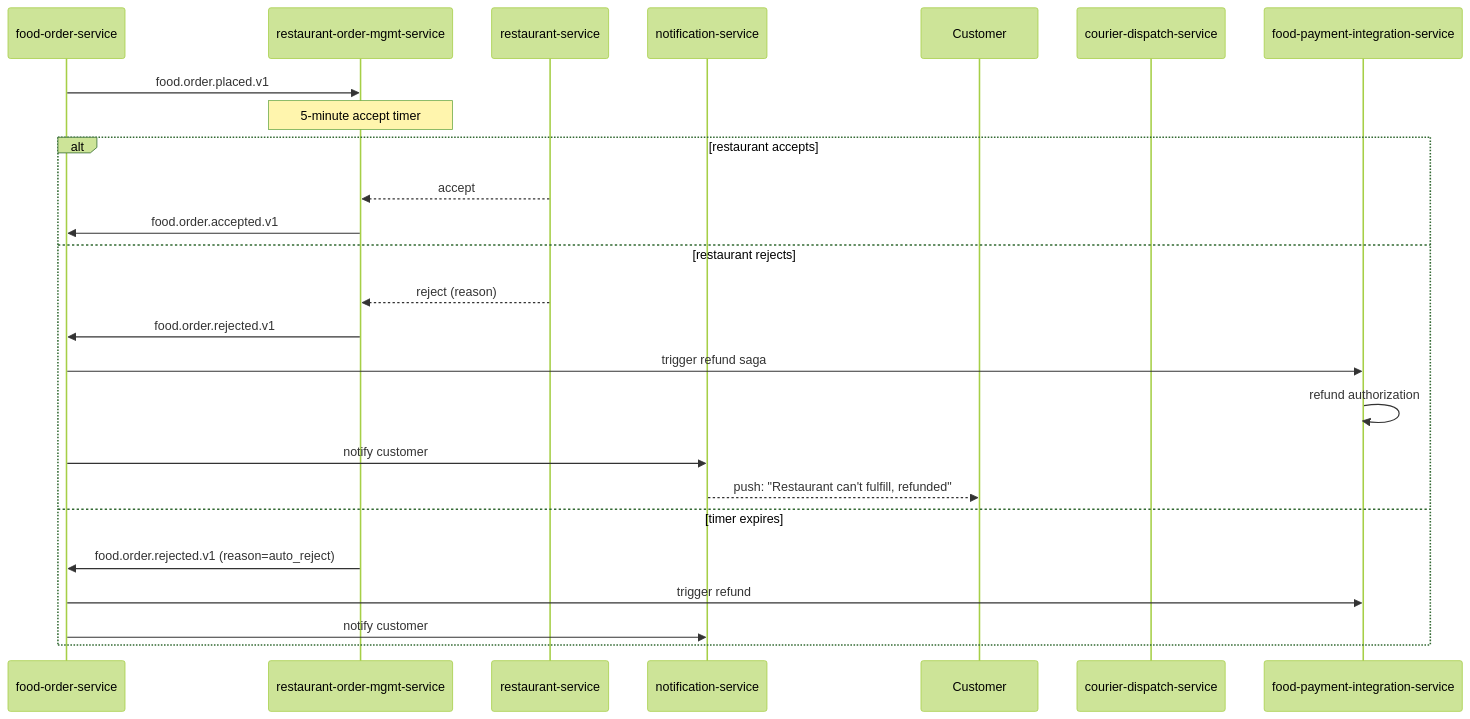
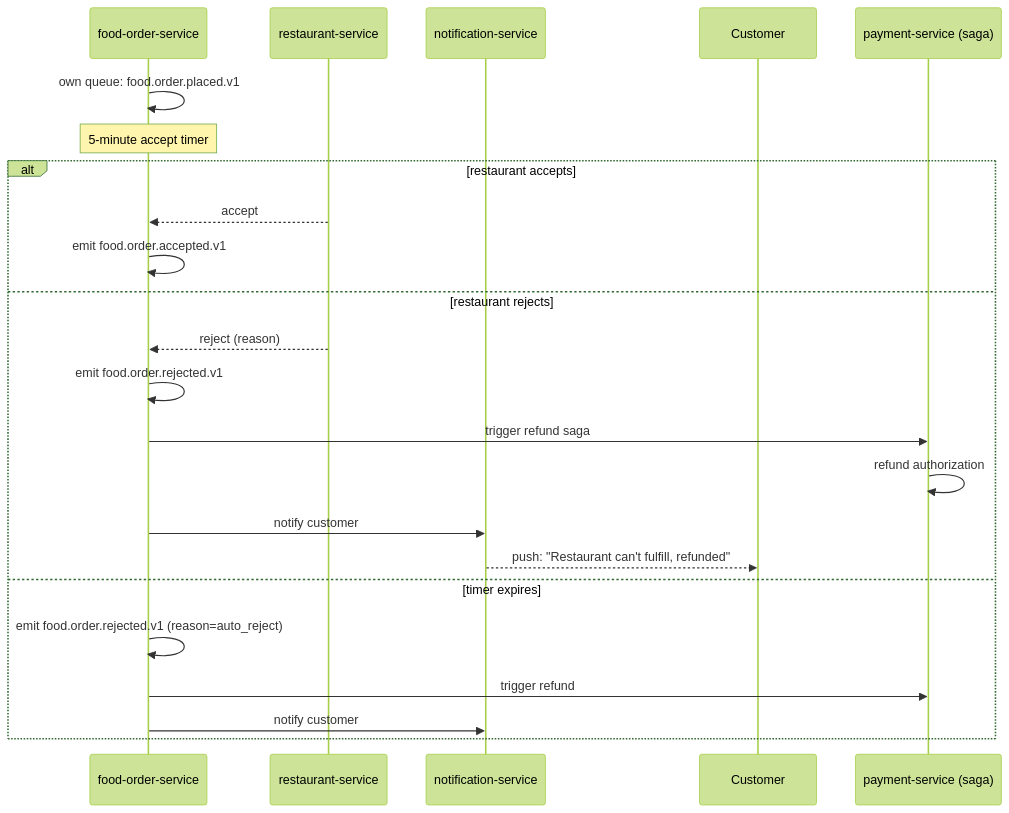
One commit to mohamedhabibwork/trips-enjoy-docs changed the fourth of 12 diagrams in docs/workflows/FOOD_ORDER_WORKFLOWS.md. Above: the diagram before and after it, drawn with Mermaid (forest theme). The commit also changed other lines of this file and 525 other files, not shown here.

````diff
--- a/docs/workflows/FOOD_ORDER_WORKFLOWS.md
+++ b/docs/workflows/FOOD_ORDER_WORKFLOWS.md
@@ -146,28 +136,26 @@
 ```mermaid
 sequenceDiagram
     participant FOR as food-order-service
-    participant ROM as restaurant-order-mgmt-service
     participant RES as restaurant-service
     participant NOT as notification-service
     participant C as Customer
-    participant CDP as courier-dispatch-service
-    participant FPI as food-payment-integration-service
+    participant PAY as payment-service (saga)
 
-    FOR->>ROM: food.order.placed.v1
-    Note over ROM: 5-minute accept timer
+    FOR->>FOR: own queue: food.order.placed.v1
+    Note over FOR: 5-minute accept timer
     alt restaurant accepts
-        RES-->>ROM: accept
-        ROM->>FOR: food.order.accepted.v1
+        RES-->>FOR: accept
+        FOR->>FOR: emit food.order.accepted.v1
     else restaurant rejects
-        RES-->>ROM: reject (reason)
-        ROM->>FOR: food.order.rejected.v1
-        FOR->>FPI: trigger refund saga
-        FPI->>FPI: refund authorization
+        RES-->>FOR: reject (reason)
+        FOR->>FOR: emit food.order.rejected.v1
+        FOR->>PAY: trigger refund saga
+        PAY->>PAY: refund authorization
         FOR->>NOT: notify customer
         NOT-->>C: push: "Restaurant can't fulfill, refunded"
     else timer expires
-        ROM->>FOR: food.order.rejected.v1 (reason=auto_reject)
-        FOR->>FPI: trigger refund
+        FOR->>FOR: emit food.order.rejected.v1 (reason=auto_reject)
+        FOR->>PAY: trigger refund
         FOR->>NOT: notify customer
     end
 ```
````
